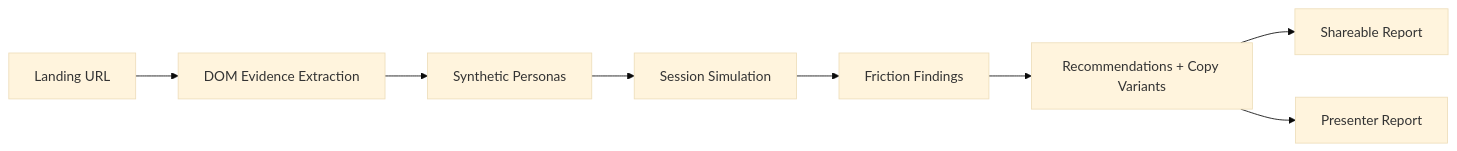
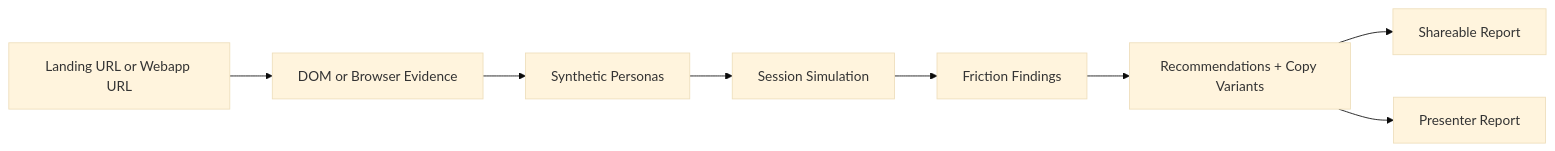
Before and after one commit to NachoEstevo/frictionlab: the diagram in README.md, drawn with Mermaid (base theme). The commit also changed other lines of this file and 3 other files, not shown here.

````diff
--- a/README.md
+++ b/README.md
@@ -24,10 +26,10 @@
 ```mermaid
 flowchart LR
-  A["Landing URL"] --> B["DOM Evidence Extraction"]
+  A["Landing URL or Webapp URL"] --> B["DOM or Browser Evidence"]
   B --> C["Synthetic Personas"]
   C --> D["Session Simulation"]
   D --> E["Friction Findings"]
   E --> F["Recommendations + Copy Variants"]
   F --> G["Shareable Report"]
   F --> H["Presenter Report"]
 ```
````
